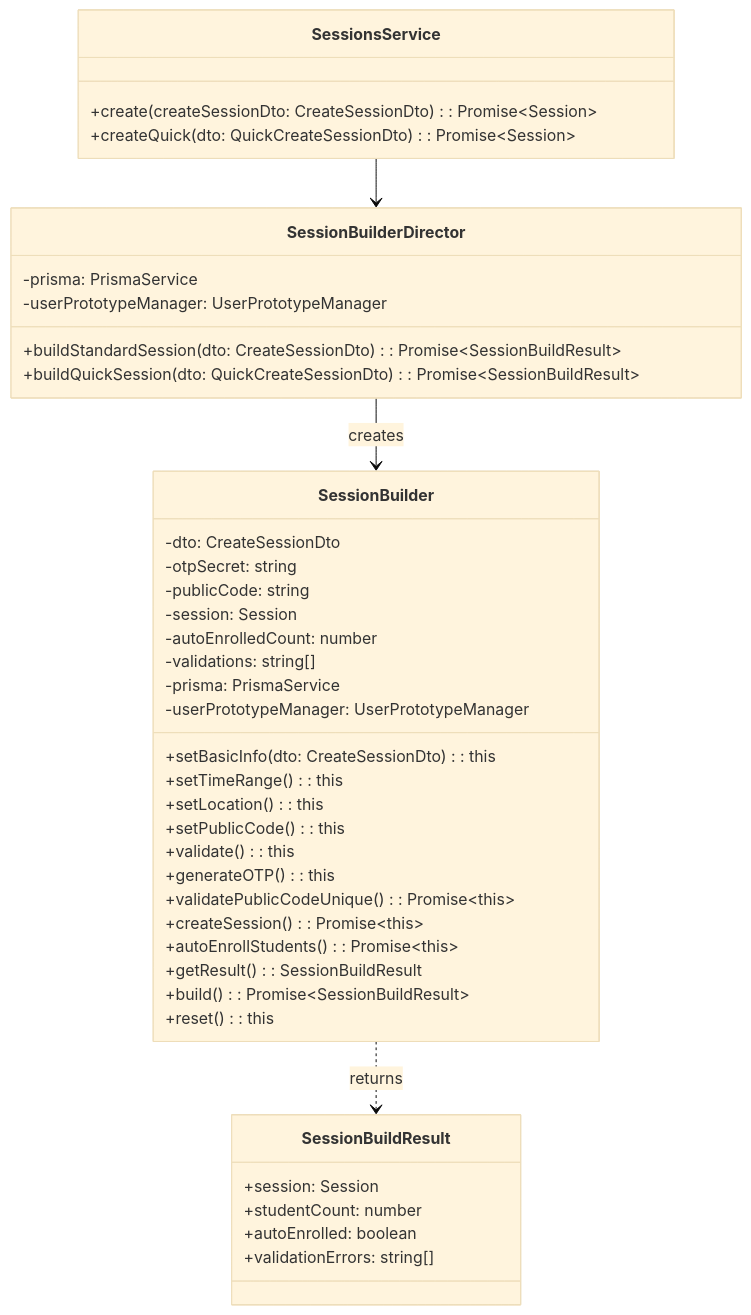
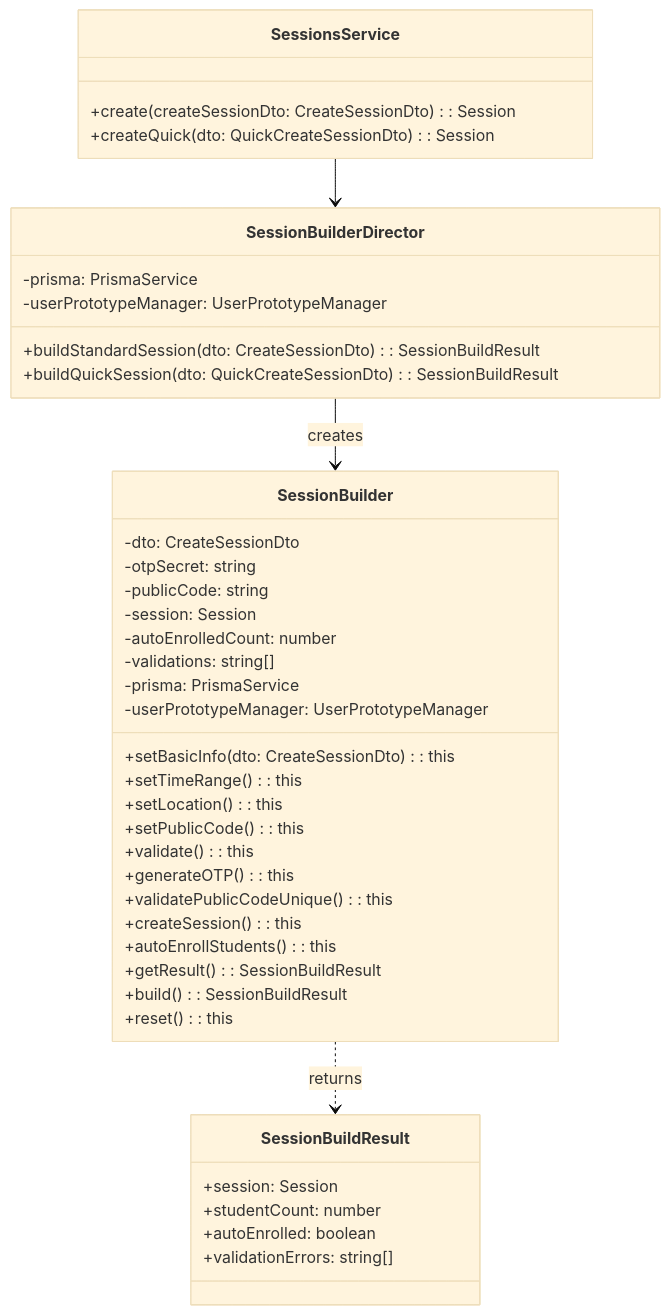
The diagram in docs/DesignPatterns/04-BUILDER.md (iannwendy/QRAttendanceCheckin), drawn with Mermaid (base theme) before and after one commit. The commit also changed 5 other files, not shown here.

First line of the commit message:
fix: remove unsupported generic type syntax in Mermaid diagrams for GitLab

````diff
--- a/docs/DesignPatterns/04-BUILDER.md
+++ b/docs/DesignPatterns/04-BUILDER.md
@@ -446,49 +446,49 @@
 ```mermaid
 classDiagram
     class SessionBuilder {
         -dto: CreateSessionDto
         -otpSecret: string
         -publicCode: string
         -session: Session
         -autoEnrolledCount: number
         -validations: string[]
         -prisma: PrismaService
         -userPrototypeManager: UserPrototypeManager
         +setBasicInfo(dto: CreateSessionDto): this
         +setTimeRange(): this
         +setLocation(): this
         +setPublicCode(): this
         +validate(): this
         +generateOTP(): this
-        +validatePublicCodeUnique(): Promise~this~
-        +createSession(): Promise~this~
-        +autoEnrollStudents(): Promise~this~
+        +validatePublicCodeUnique(): this
+        +createSession(): this
+        +autoEnrollStudents(): this
         +getResult(): SessionBuildResult
-        +build(): Promise~SessionBuildResult~
+        +build(): SessionBuildResult
         +reset(): this
     }
 
     class SessionBuilderDirector {
         -prisma: PrismaService
         -userPrototypeManager: UserPrototypeManager
-        +buildStandardSession(dto: CreateSessionDto): Promise~SessionBuildResult~
-        +buildQuickSession(dto: QuickCreateSessionDto): Promise~SessionBuildResult~
+        +buildStandardSession(dto: CreateSessionDto): SessionBuildResult
+        +buildQuickSession(dto: QuickCreateSessionDto): SessionBuildResult
     }
 
     class SessionsService {
-        +create(createSessionDto: CreateSessionDto): Promise~Session~
-        +createQuick(dto: QuickCreateSessionDto): Promise~Session~
+        +create(createSessionDto: CreateSessionDto): Session
+        +createQuick(dto: QuickCreateSessionDto): Session
     }
 
     SessionsService --> SessionBuilderDirector
     SessionBuilderDirector --> SessionBuilder : creates
 
     class SessionBuildResult {
         +session: Session
         +studentCount: number
         +autoEnrolled: boolean
         +validationErrors: string[]
     }
 
     SessionBuilder ..> SessionBuildResult : returns
 ```
````
